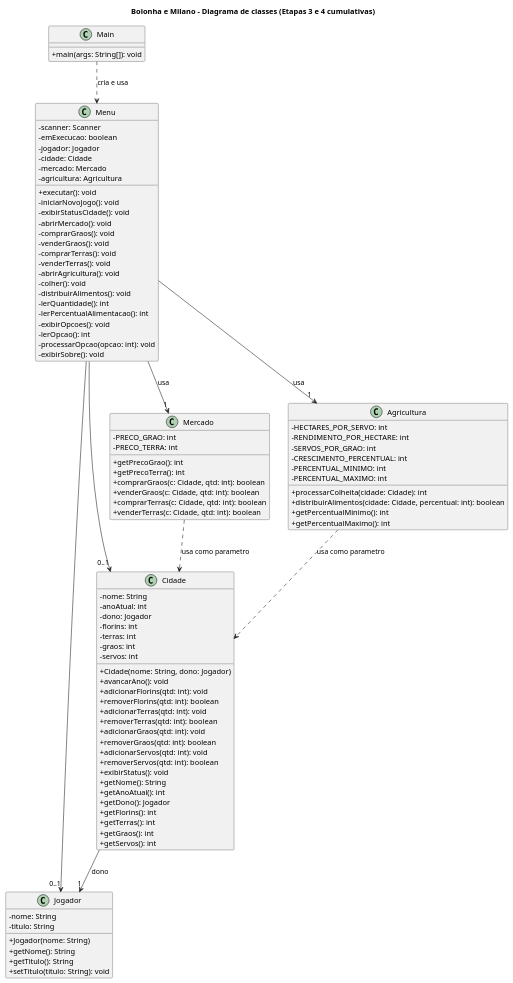
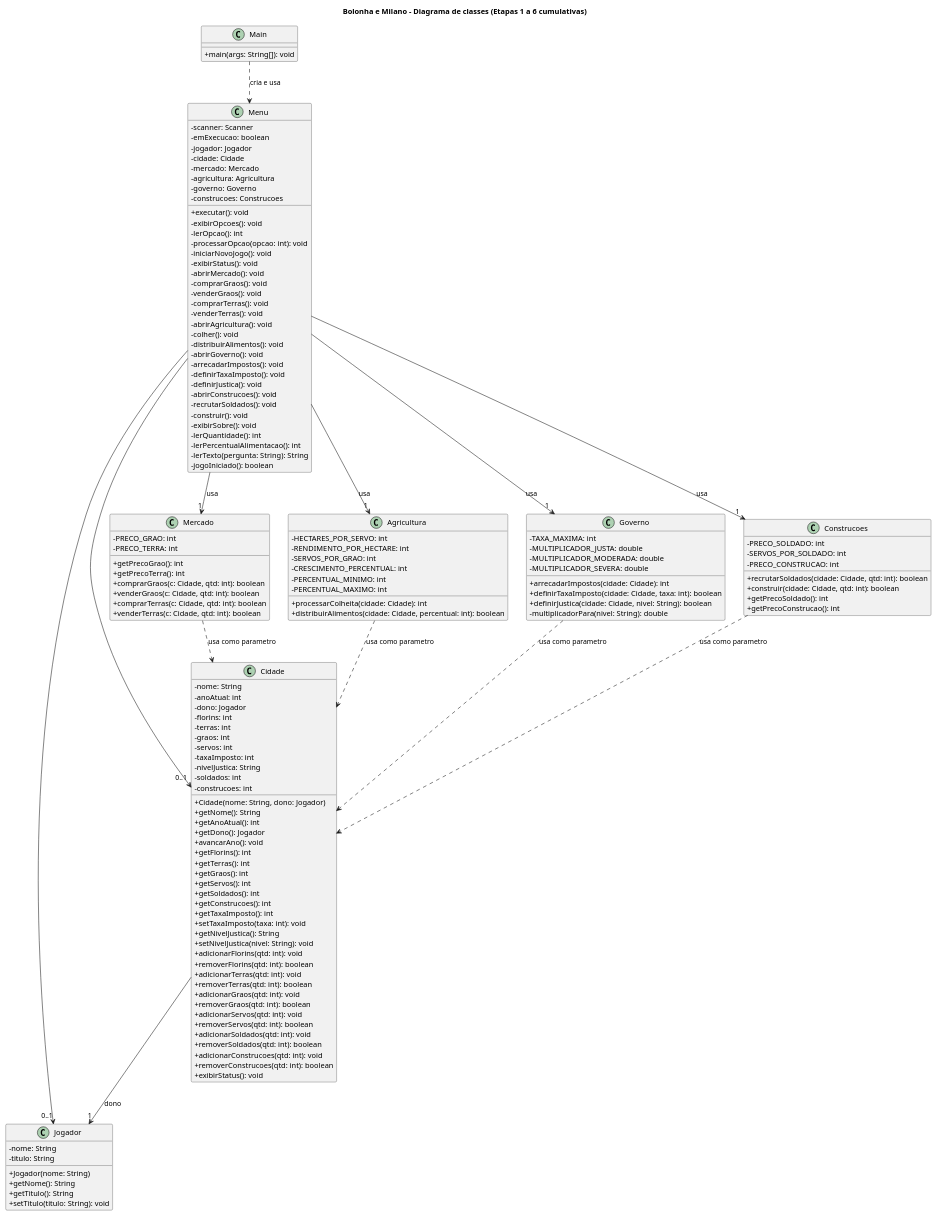
The diagram in projeto-bolonha-e-milano/uml/diagrama-de-classes.puml (LeviAlves01/projeto-bologna-e-milano), drawn with PlantUML before and after one commit. The commit also changed 16 other files, not shown here.

```diff
--- a/projeto-bolonha-e-milano/uml/diagrama-de-classes.puml
+++ b/projeto-bolonha-e-milano/uml/diagrama-de-classes.puml
@@ -1,105 +1,153 @@
 @startuml
-title Bolonha e Milano - Diagrama de classes (Etapas 3 e 4 cumulativas)
+title Bolonha e Milano - Diagrama de classes (Etapas 1 a 6 cumulativas)
 skinparam classAttributeIconSize 0
 
 class Main {
   + main(args: String[]): void
 }
 
 class Menu {
   - scanner: Scanner
   - emExecucao: boolean
   - jogador: Jogador
   - cidade: Cidade
   - mercado: Mercado
   - agricultura: Agricultura
+  - governo: Governo
+  - construcoes: Construcoes
   + executar(): void
+  - exibirOpcoes(): void
+  - lerOpcao(): int
+  - processarOpcao(opcao: int): void
   - iniciarNovoJogo(): void
-  - exibirStatusCidade(): void
+  - exibirStatus(): void
   - abrirMercado(): void
   - comprarGraos(): void
   - venderGraos(): void
   - comprarTerras(): void
   - venderTerras(): void
   - abrirAgricultura(): void
   - colher(): void
   - distribuirAlimentos(): void
+  - abrirGoverno(): void
+  - arrecadarImpostos(): void
+  - definirTaxaImposto(): void
+  - definirJustica(): void
+  - abrirConstrucoes(): void
+  - recrutarSoldados(): void
+  - construir(): void
+  - exibirSobre(): void
   - lerQuantidade(): int
   - lerPercentualAlimentacao(): int
-  - exibirOpcoes(): void
-  - lerOpcao(): int
-  - processarOpcao(opcao: int): void
-  - exibirSobre(): void
+  - lerTexto(pergunta: String): String
+  - jogoIniciado(): boolean
 }
 
 class Jogador {
   - nome: String
   - titulo: String
   + Jogador(nome: String)
   + getNome(): String
   + getTitulo(): String
   + setTitulo(titulo: String): void
 }
 
 class Cidade {
   - nome: String
   - anoAtual: int
   - dono: Jogador
   - florins: int
   - terras: int
   - graos: int
   - servos: int
+  - taxaImposto: int
+  - nivelJustica: String
+  - soldados: int
+  - construcoes: int
   + Cidade(nome: String, dono: Jogador)
+  + getNome(): String
+  + getAnoAtual(): int
+  + getDono(): Jogador
   + avancarAno(): void
+  + getFlorins(): int
+  + getTerras(): int
+  + getGraos(): int
+  + getServos(): int
+  + getSoldados(): int
+  + getConstrucoes(): int
+  + getTaxaImposto(): int
+  + setTaxaImposto(taxa: int): void
+  + getNivelJustica(): String
+  + setNivelJustica(nivel: String): void
   + adicionarFlorins(qtd: int): void
   + removerFlorins(qtd: int): boolean
   + adicionarTerras(qtd: int): void
   + removerTerras(qtd: int): boolean
   + adicionarGraos(qtd: int): void
   + removerGraos(qtd: int): boolean
   + adicionarServos(qtd: int): void
   + removerServos(qtd: int): boolean
+  + adicionarSoldados(qtd: int): void
+  + removerSoldados(qtd: int): boolean
+  + adicionarConstrucoes(qtd: int): void
+  + removerConstrucoes(qtd: int): boolean
   + exibirStatus(): void
-  + getNome(): String
-  + getAnoAtual(): int
-  + getDono(): Jogador
-  + getFlorins(): int
-  + getTerras(): int
-  + getGraos(): int
-  + getServos(): int
 }
 
 class Mercado {
   - PRECO_GRAO: int
   - PRECO_TERRA: int
   + getPrecoGrao(): int
   + getPrecoTerra(): int
   + comprarGraos(c: Cidade, qtd: int): boolean
   + venderGraos(c: Cidade, qtd: int): boolean
   + comprarTerras(c: Cidade, qtd: int): boolean
   + venderTerras(c: Cidade, qtd: int): boolean
 }
 
 class Agricultura {
   - HECTARES_POR_SERVO: int
   - RENDIMENTO_POR_HECTARE: int
   - SERVOS_POR_GRAO: int
   - CRESCIMENTO_PERCENTUAL: int
   - PERCENTUAL_MINIMO: int
   - PERCENTUAL_MAXIMO: int
   + processarColheita(cidade: Cidade): int
   + distribuirAlimentos(cidade: Cidade, percentual: int): boolean
-  + getPercentualMinimo(): int
-  + getPercentualMaximo(): int
+}
+
+class Governo {
+  - TAXA_MAXIMA: int
+  - MULTIPLICADOR_JUSTA: double
+  - MULTIPLICADOR_MODERADA: double
+  - MULTIPLICADOR_SEVERA: double
+  + arrecadarImpostos(cidade: Cidade): int
+  + definirTaxaImposto(cidade: Cidade, taxa: int): boolean
+  + definirJustica(cidade: Cidade, nivel: String): boolean
+  - multiplicadorPara(nivel: String): double
+}
+
+class Construcoes {
+  - PRECO_SOLDADO: int
+  - SERVOS_POR_SOLDADO: int
+  - PRECO_CONSTRUCAO: int
+  + recrutarSoldados(cidade: Cidade, qtd: int): boolean
+  + construir(cidade: Cidade, qtd: int): boolean
+  + getPrecoSoldado(): int
+  + getPrecoConstrucao(): int
 }
 
 Main ..> Menu : cria e usa
 Menu --> "0..1" Jogador
 Menu --> "0..1" Cidade
 Menu --> "1" Mercado : usa
 Menu --> "1" Agricultura : usa
+Menu --> "1" Governo : usa
+Menu --> "1" Construcoes : usa
 Cidade --> "1" Jogador : dono
 Mercado ..> Cidade : usa como parametro
 Agricultura ..> Cidade : usa como parametro
+Governo ..> Cidade : usa como parametro
+Construcoes ..> Cidade : usa como parametro
 
 @enduml
```
